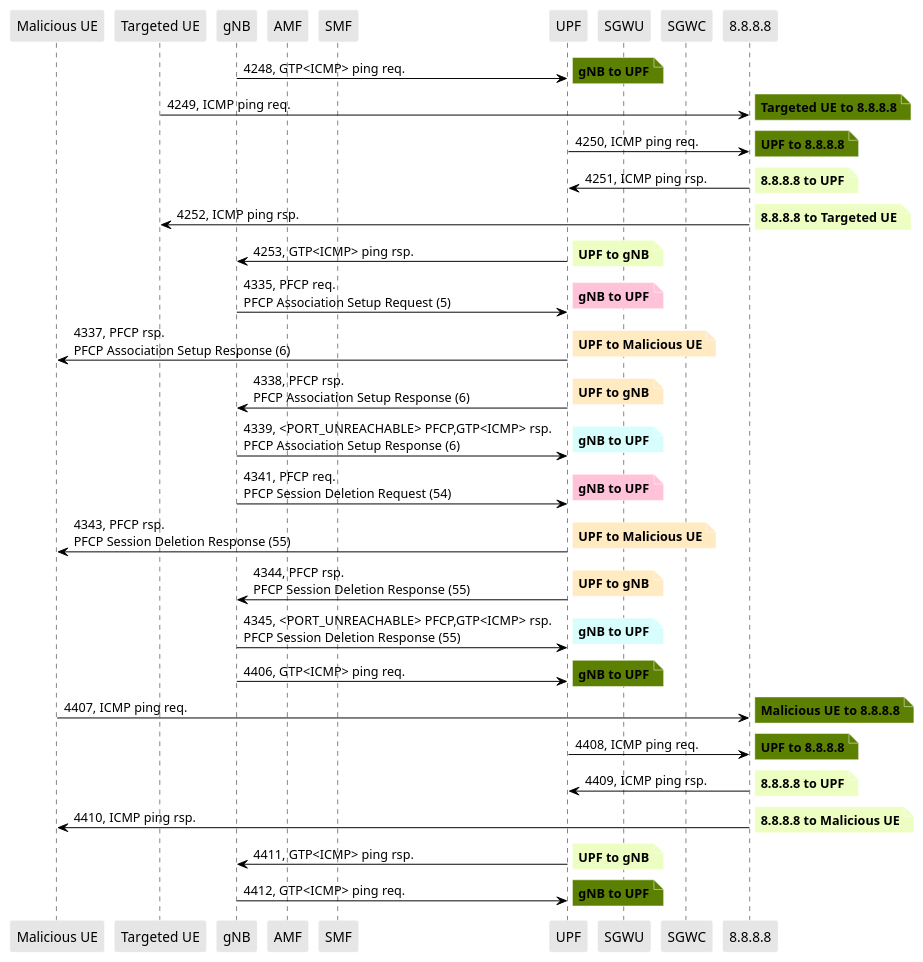
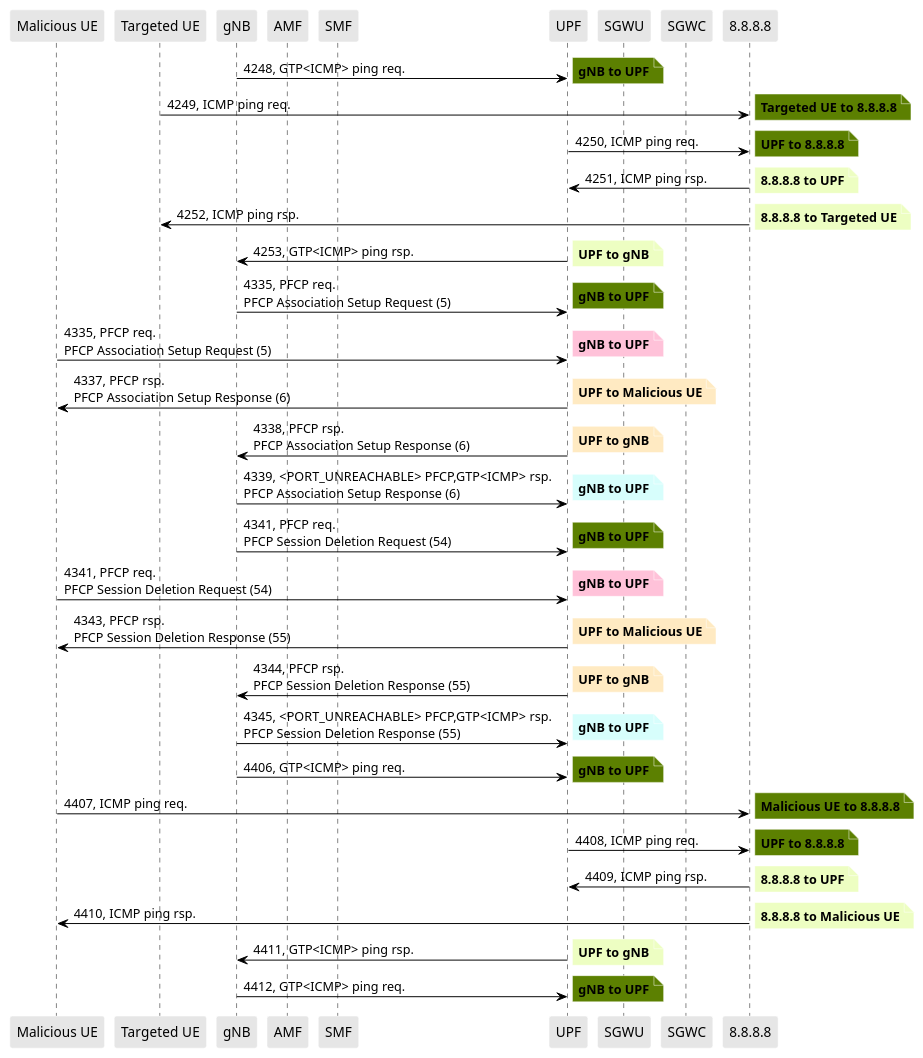
One commit to lilyhuegerich/5G changed the diagram in PCAPS/Core/targeted_delete_edited.puml. Above: the diagram before and after it, drawn with PlantUML. The commit also changed 21 other files, not shown here.

```diff
--- a/PCAPS/Core/targeted_delete_edited.puml
+++ b/PCAPS/Core/targeted_delete_edited.puml
@@ -1,147 +1,160 @@
 @startuml
 skinparam shadowing false
 skinparam NoteBorderColor white
 skinparam sequence {
     ArrowColor black
     LifeLineBorderColor black
     LifeLineBackgroundColor black
     ParticipantBorderColor white
     ParticipantBackgroundColor #e6e6e6
 }
 
 participant "Malicious UE"
 participant "Targeted UE"
 participant "gNB"
 participant "AMF"
 participant "SMF"
 participant "UPF"
 participant "SGWU"
 participant "SGWC"
 
 participant "8.8.8.8"
 
 "gNB" -> "UPF": 4248, GTP<ICMP> ping req.
 
 note right #5C8001
 **gNB to UPF**
 end note
 
 "Targeted UE" -> "8.8.8.8": 4249, ICMP ping req.
 note right #5C8001
 **Targeted UE to 8.8.8.8**
 end note
 
 "UPF" -> "8.8.8.8": 4250, ICMP ping req.
 note right #5C8001
 **UPF to 8.8.8.8**
 end note
 
 "8.8.8.8" -> "UPF": 4251, ICMP ping rsp.
 
 note right #EDFEC2
 **8.8.8.8 to UPF**
 end note
 
 "8.8.8.8" -> "Targeted UE": 4252, ICMP ping rsp.
 
 note right #EDFEC2
 **8.8.8.8 to Targeted UE**
 end note
 
 "UPF" -> "gNB": 4253, GTP<ICMP> ping rsp.
 
 note right #EDFEC2
 **UPF to gNB**
 end note
 
 "gNB" -> "UPF": 4335, PFCP req.\nPFCP Association Setup Request (5)
 
+note right #5C8001
+**gNB to UPF**
+end note
+
+"Malicious UE" -> "UPF": 4335, PFCP req.\nPFCP Association Setup Request (5)
+
 note right #FFC2D9
 **gNB to UPF**
 end note
 
 "UPF" -> "Malicious UE": 4337, PFCP rsp.\nPFCP Association Setup Response (6)
 
 note right #FFEAC2
 **UPF to Malicious UE**
 end note
 
 "UPF" -> "gNB": 4338, PFCP rsp.\nPFCP Association Setup Response (6)
 
 note right #FFEAC2
 **UPF to gNB**
 end note
 
 "gNB" -> "UPF": 4339, <PORT_UNREACHABLE> PFCP,GTP<ICMP> rsp.\nPFCP Association Setup Response (6)
 
 note right #D7FEFC
 **gNB to UPF**
 end note
 
 "gNB" -> "UPF": 4341, PFCP req.\nPFCP Session Deletion Request (54)
 
+note right #5C8001
+**gNB to UPF**
+end note
+
+"Malicious UE" -> "UPF": 4341, PFCP req.\nPFCP Session Deletion Request (54)
+
 note right #FFC2D9
 **gNB to UPF**
 end note
+
 
 "UPF" -> "Malicious UE": 4343, PFCP rsp.\nPFCP Session Deletion Response (55)
 
 note right #FFEAC2
 **UPF to Malicious UE**
 end note
 
 "UPF" -> "gNB": 4344, PFCP rsp.\nPFCP Session Deletion Response (55)
 
 note right #FFEAC2
 **UPF to gNB**
 end note
 
 "gNB" -> "UPF": 4345, <PORT_UNREACHABLE> PFCP,GTP<ICMP> rsp.\nPFCP Session Deletion Response (55)
 
 note right #D7FEFC
 **gNB to UPF**
 end note
 
 "gNB" -> "UPF": 4406, GTP<ICMP> ping req.
 
 note right #5C8001
 **gNB to UPF**
 end note
 
 "Malicious UE" -> "8.8.8.8": 4407, ICMP ping req.
 
 note right #5C8001
 **Malicious UE to 8.8.8.8**
 end note
 
 "UPF" -> "8.8.8.8": 4408, ICMP ping req.
 
 note right #5C8001
 **UPF to 8.8.8.8**
 end note
 
 "8.8.8.8" -> "UPF": 4409, ICMP ping rsp.
 
 note right #EDFEC2
 **8.8.8.8 to UPF**
 end note
 
 "8.8.8.8" -> "Malicious UE": 4410, ICMP ping rsp.
 
 note right #EDFEC2
 **8.8.8.8 to Malicious UE**
 end note
 
 "UPF" -> "gNB": 4411, GTP<ICMP> ping rsp.
 
 note right #EDFEC2
 **UPF to gNB**
 end note
 
 "gNB" -> "UPF": 4412, GTP<ICMP> ping req.
 
 note right #5C8001
 **gNB to UPF**
 end note
 
 @enduml
```
